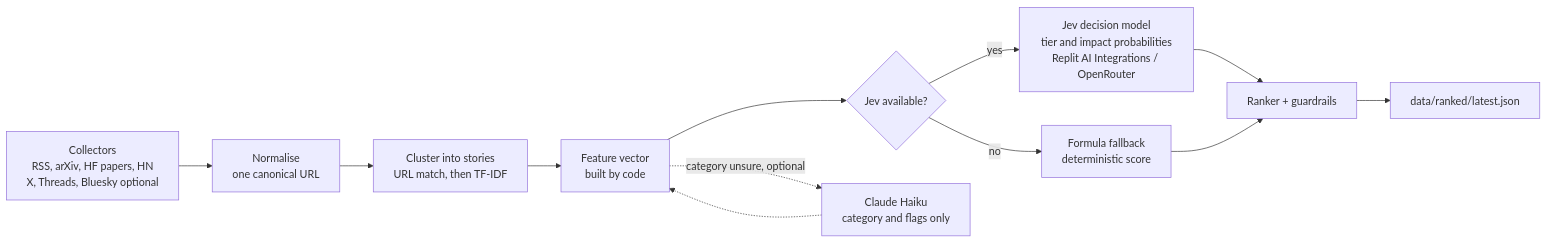
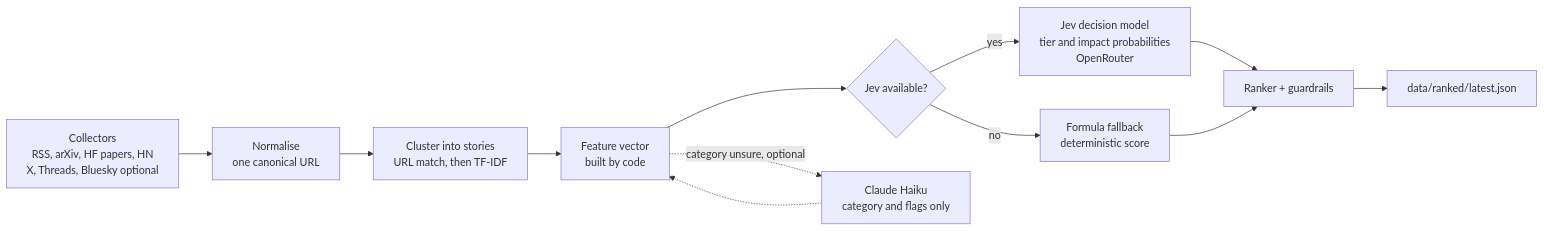
The fifth of 9 diagrams in docs/architecture.md (TayEeZhan/varity), drawn with Mermaid before and after one commit. The commit also changed other lines of this file and 14 other files, not shown here.

````diff
--- a/docs/architecture.md
+++ b/docs/architecture.md
@@ -346,14 +346,14 @@
 ```mermaid
 flowchart LR
     S["Collectors<br/>RSS, arXiv, HF papers, HN<br/>X, Threads, Bluesky optional"] --> N["Normalise<br/>one canonical URL"]
     N --> K["Cluster into stories<br/>URL match, then TF-IDF"]
     K --> F["Feature vector<br/>built by code"]
     F --> J{"Jev available?"}
-    J -- yes --> JV["Jev decision model<br/>tier and impact probabilities<br/>Replit AI Integrations / OpenRouter"]
+    J -- yes --> JV["Jev decision model<br/>tier and impact probabilities<br/>OpenRouter"]
     J -- no --> FX["Formula fallback<br/>deterministic score"]
     F -. "category unsure, optional" .-> H["Claude Haiku<br/>category and flags only"]
     H -.-> F
     JV --> R["Ranker + guardrails"]
     FX --> R
     R --> O["data/ranked/latest.json"]
 ```
````
